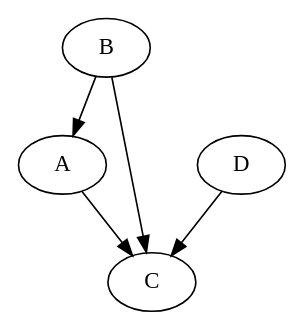
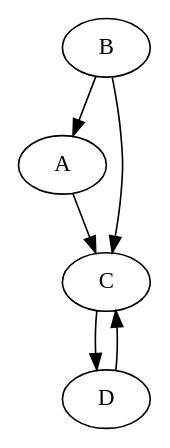
The diagram in Labs/DTaSnClabs/Lab_08/out.gv (DimKaHUI/DTaS), drawn with Graphviz before and after one commit. The commit also changed 5 other files, not shown here.

```diff
--- a/Labs/DTaSnClabs/Lab_08/out.gv
+++ b/Labs/DTaSnClabs/Lab_08/out.gv
@@ -1,6 +1,7 @@
 digraph lab_08 {
 A -> C
 B -> A
 B -> C
+C -> D
 D -> C
 }
```
